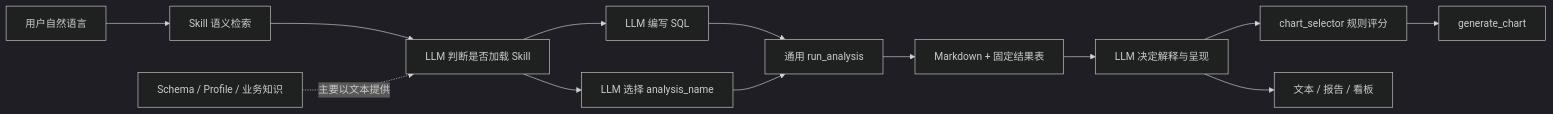
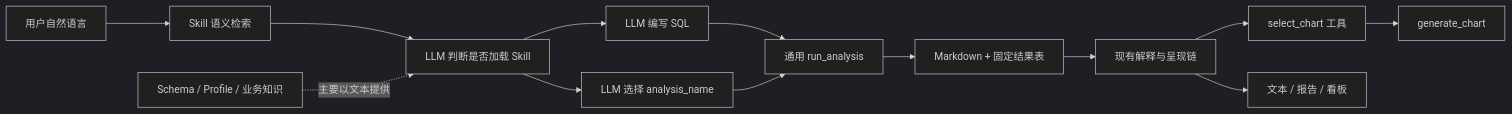
Before and after one commit to Zafer-Liu/Data-Analysis-Agent: the first of 2 diagrams in docs/15-analysis-planning-architecture-rfc.md, drawn with Mermaid (dark theme). The commit also changed other lines of this file, not shown here.

Commit message:
docs: refine analysis planning architecture RFC

````diff
--- a/docs/15-analysis-planning-architecture-rfc.md
+++ b/docs/15-analysis-planning-architecture-rfc.md
@@ -43,15 +47,15 @@
 ```mermaid
 flowchart LR
     U["用户自然语言"] --> SR["Skill 语义检索"]
     SR --> L1["LLM 判断是否加载 Skill"]
     L1 --> Q["LLM 编写 SQL"]
     L1 --> M["LLM 选择 analysis_name"]
     Q --> RA["通用 run_analysis"]
     M --> RA
     RA --> R["Markdown + 固定结果表"]
-    R --> L2["LLM 决定解释与呈现"]
-    L2 --> CS["chart_selector 规则评分"]
+    R --> L2["现有解释与呈现链"]
+    L2 --> CS["select_chart 工具"]
     CS --> GC["generate_chart"]
     L2 --> O["文本 / 报告 / 看板"]
     D["Schema / Profile / 业务知识"] -. "主要以文本提供" .-> L1
 ```
````
